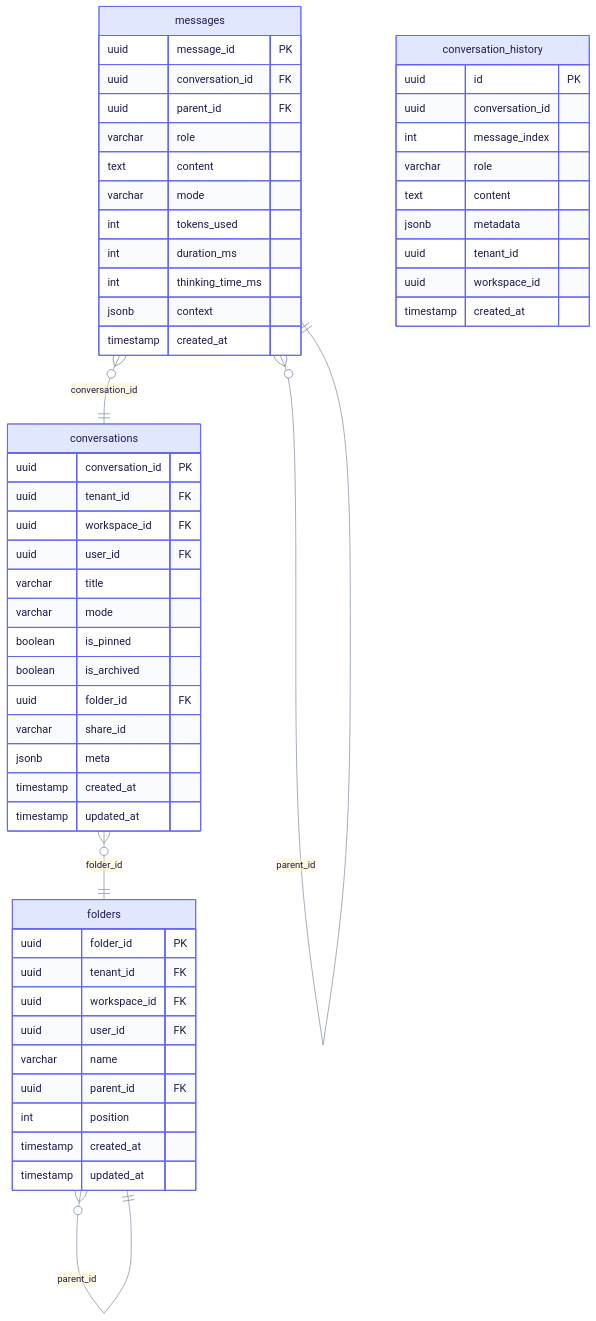
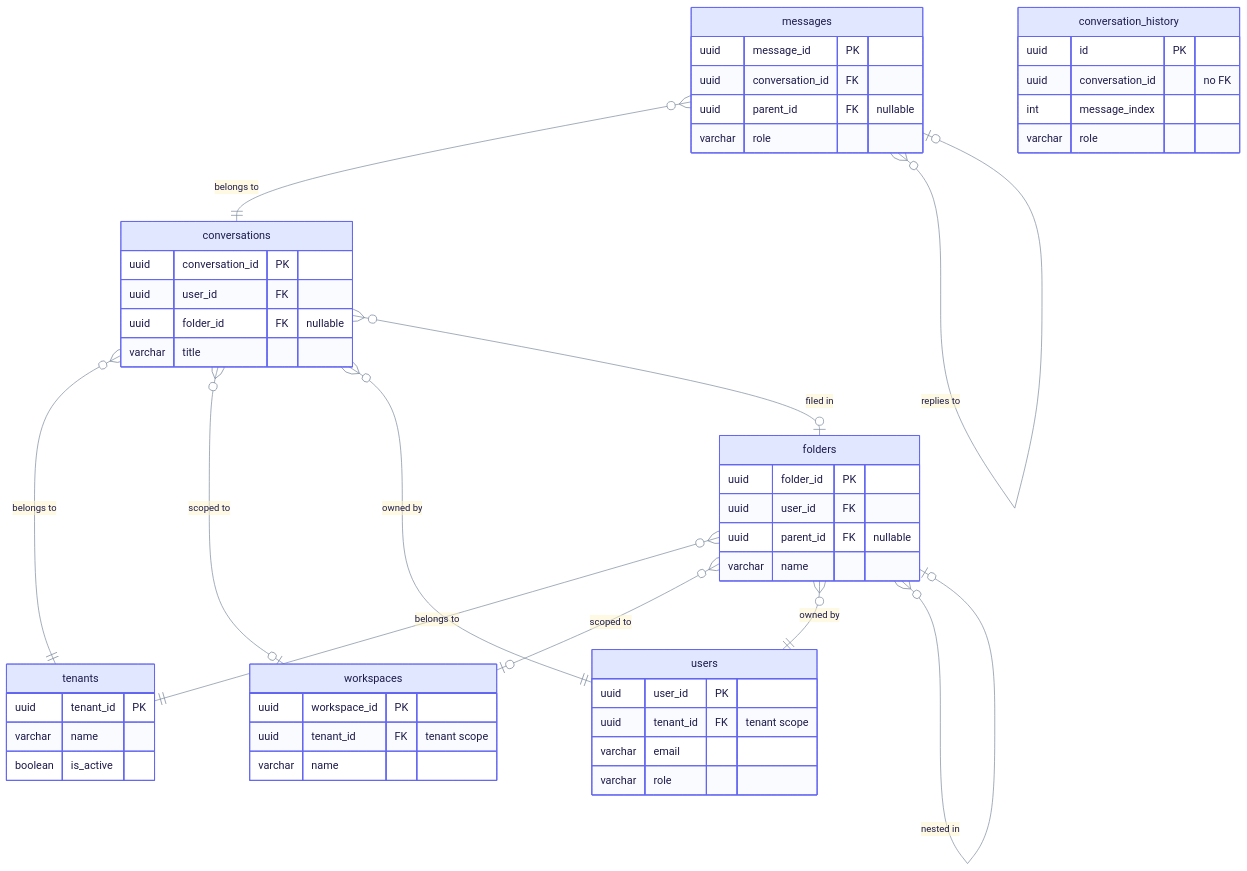
Before and after one commit to raphaelmansuy/edgequake: diagram 11 of 14 in docs/data-layer/schema-er.md, drawn with Mermaid. The commit also changed other lines of this file and 194 other files, not shown here.

First line of the commit message:
Refresh docs against code and rebuild schema E/R as progressive steps

````diff
--- a/docs/data-layer/schema-er.md
+++ b/docs/data-layer/schema-er.md
@@ -828,59 +713,55 @@
 ```mermaid
 %%{init: {"theme":"base","themeVariables":{"primaryColor":"#E0E7FF","primaryBorderColor":"#6366F1","primaryTextColor":"#1E1B4B","secondaryColor":"#D1FAE5","secondaryBorderColor":"#10B981","secondaryTextColor":"#064E3B","tertiaryColor":"#FEF3C7","tertiaryBorderColor":"#F59E0B","tertiaryTextColor":"#6B7A90","lineColor":"#7A889C","clusterBkg":"rgba(99,102,241,0.07)","clusterBorder":"#A5B4FC","noteBkgColor":"#FEF9C3","noteTextColor":"#422006","textColor":"#6B7A90","titleColor":"#6B7A90","signalColor":"#7A889C","signalTextColor":"#6B7A90","loopTextColor":"#6B7A90","edgeLabelBackground":"#F1F5F9","actorLineColor":"#94A3B8"}}}%%
 %% eq-theme:v1
 erDiagram
-    conversations }o--|| folders : "folder_id"
-    messages }o--|| conversations : "conversation_id"
-    messages }o--|| messages : "parent_id"
-    folders }o--|| folders : "parent_id"
+    folders {
+        uuid folder_id PK
+        uuid user_id FK
+        uuid parent_id FK "nullable"
+        varchar name
+    }
     conversations {
         uuid conversation_id PK
-        uuid tenant_id FK
-        uuid workspace_id FK
         uuid user_id FK
+        uuid folder_id FK "nullable"
         varchar title
-        varchar mode
-        boolean is_pinned
-        boolean is_archived
-        uuid folder_id FK
-        varchar share_id
-        jsonb meta
-        timestamp created_at
-        timestamp updated_at
     }
     messages {
         uuid message_id PK
         uuid conversation_id FK
-        uuid parent_id FK
+        uuid parent_id FK "nullable"
         varchar role
-        text content
-        varchar mode
-        int tokens_used
-        int duration_ms
-        int thinking_time_ms
-        jsonb context
-        timestamp created_at
     }
     conversation_history {
         uuid id PK
-        uuid conversation_id
+        uuid conversation_id "no FK"
         int message_index
         varchar role
-        text content
-        jsonb metadata
-        uuid tenant_id
-        uuid workspace_id
-        timestamp created_at
     }
-    folders {
-        uuid folder_id PK
-        uuid tenant_id FK
-        uuid workspace_id FK
-        uuid user_id FK
+    tenants {
+        uuid tenant_id PK
         varchar name
-        uuid parent_id FK
-        int position
-        timestamp created_at
-        timestamp updated_at
+        boolean is_active
     }
+    workspaces {
+        uuid workspace_id PK
+        uuid tenant_id FK "tenant scope"
+        varchar name
+    }
+    users {
+        uuid user_id PK
+        uuid tenant_id FK "tenant scope"
+        varchar email
+        varchar role
+    }
+    folders }o--|| tenants : "belongs to"
+    folders }o--o| workspaces : "scoped to"
+    folders }o--|| users : "owned by"
+    folders }o--o| folders : "nested in"
+    conversations }o--|| tenants : "belongs to"
+    conversations }o--o| workspaces : "scoped to"
+    conversations }o--|| users : "owned by"
+    conversations }o--o| folders : "filed in"
+    messages }o--|| conversations : "belongs to"
+    messages }o--o| messages : "replies to"
 ```
````
